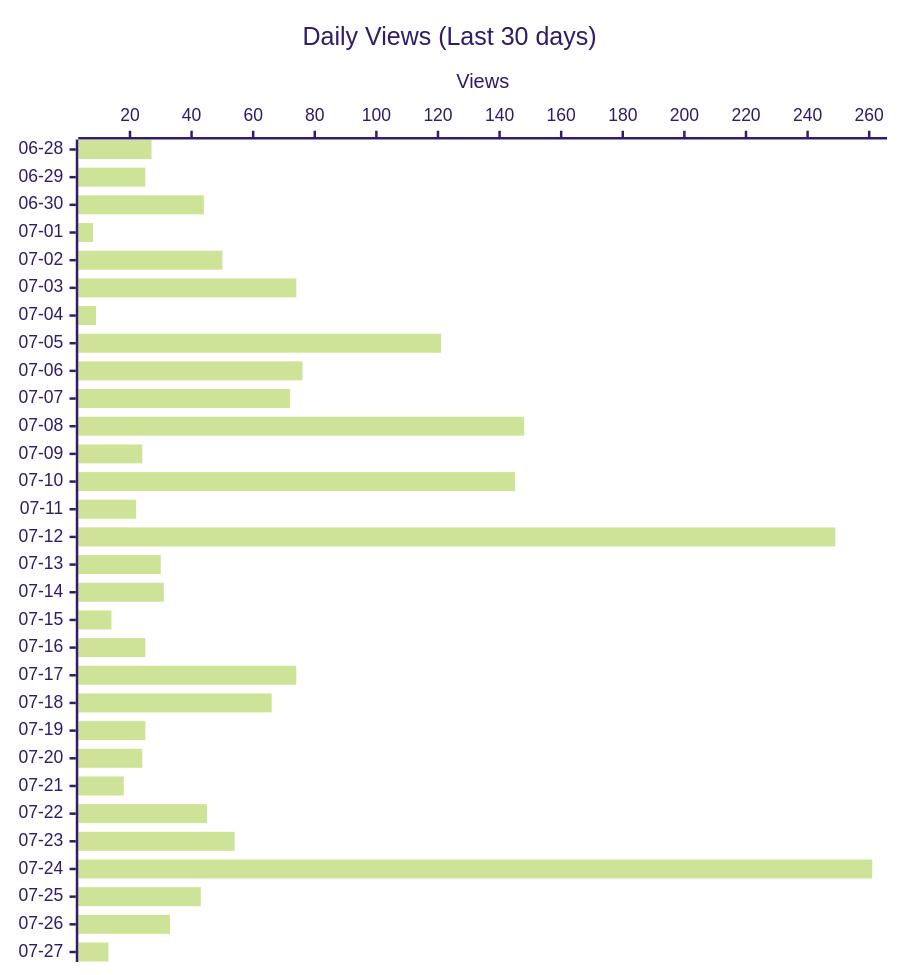
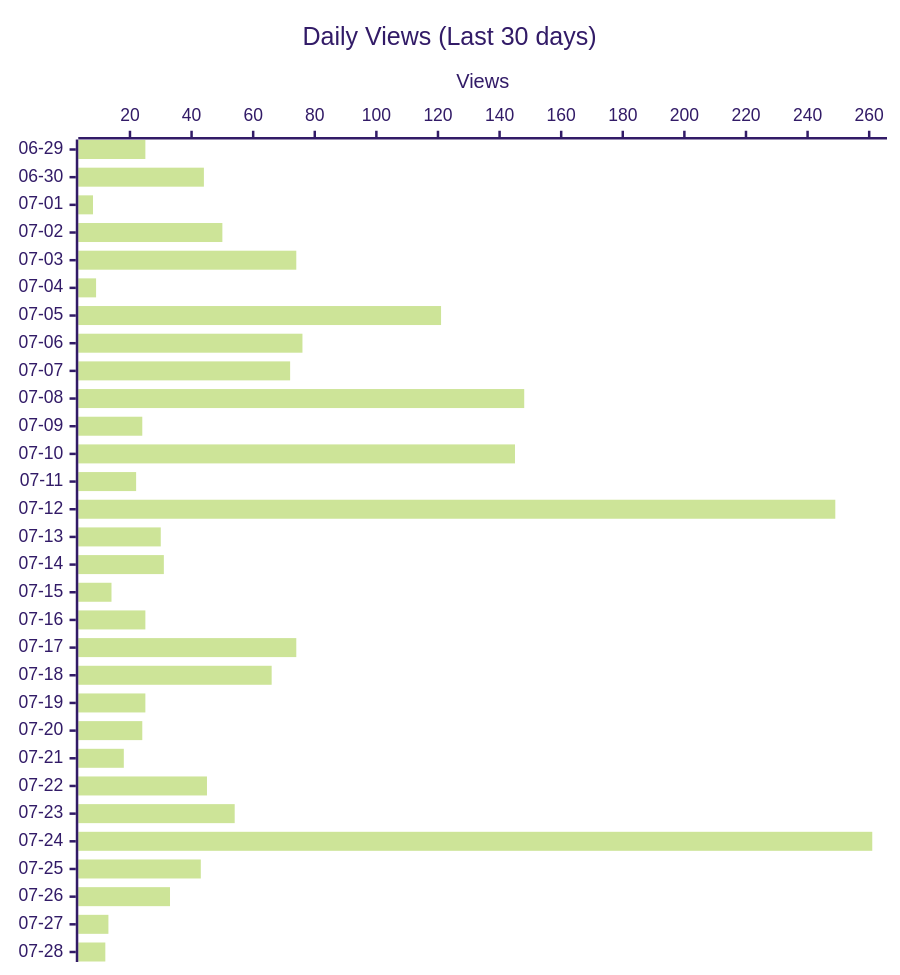
The second of 4 diagrams in README.md (shigechika/github-insights), drawn with Mermaid (forest theme) before and after one commit. The commit also changed other lines of this file and 2 other files, not shown here.

````diff
--- a/README.md
+++ b/README.md
@@ -28,12 +28,12 @@
 ```mermaid
 ---
 config:
   xyChart:
     height: 760
 ---
 xychart-beta horizontal
     title "Daily Views (Last 30 days)"
-    x-axis ["06-28", "06-29", "06-30", "07-01", "07-02", "07-03", "07-04", "07-05", "07-06", "07-07", "07-08", "07-09", "07-10", "07-11", "07-12", "07-13", "07-14", "07-15", "07-16", "07-17", "07-18", "07-19", "07-20", "07-21", "07-22", "07-23", "07-24", "07-25", "07-26", "07-27"]
+    x-axis ["06-29", "06-30", "07-01", "07-02", "07-03", "07-04", "07-05", "07-06", "07-07", "07-08", "07-09", "07-10", "07-11", "07-12", "07-13", "07-14", "07-15", "07-16", "07-17", "07-18", "07-19", "07-20", "07-21", "07-22", "07-23", "07-24", "07-25", "07-26", "07-27", "07-28"]
     y-axis "Views"
-    bar [27, 25, 44, 8, 50, 74, 9, 121, 76, 72, 148, 24, 145, 22, 249, 30, 31, 14, 25, 74, 66, 25, 24, 18, 45, 54, 261, 43, 33, 13]
+    bar [25, 44, 8, 50, 74, 9, 121, 76, 72, 148, 24, 145, 22, 249, 30, 31, 14, 25, 74, 66, 25, 24, 18, 45, 54, 261, 43, 33, 13, 12]
 ```
````
